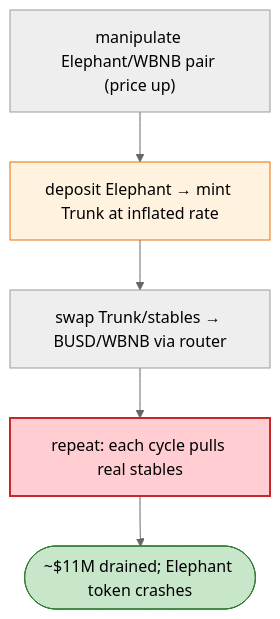
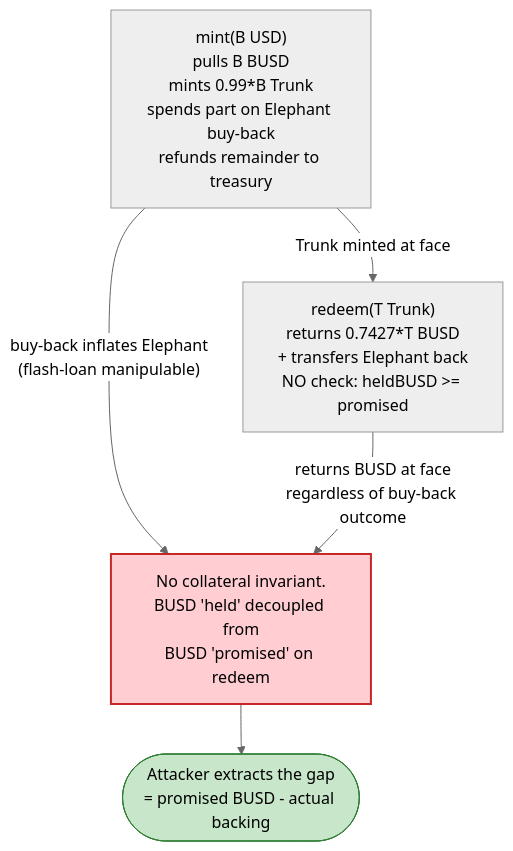
One commit to sanbir/evm-hack-registry changed the second of 4 diagrams in 2022-04-Elephant_Money_exp/Elephant_Money_exp.md. Above: the diagram before and after it, drawn with Mermaid (neutral theme). The commit also changed other lines of this file and 52 other files, not shown here.

````diff
--- a/2022-04-Elephant_Money_exp/Elephant_Money_exp.md
+++ b/2022-04-Elephant_Money_exp/Elephant_Money_exp.md
@@ -57,11 +338,14 @@
 ```mermaid
 flowchart TD
-    M["manipulate Elephant/WBNB pair (price up)"] --> DEP["deposit Elephant → mint Trunk at inflated rate"]
-    DEP --> SW["swap Trunk/stables → BUSD/WBNB via router"]
-    SW --> LOOP["repeat: each cycle pulls real stables"]
-    LOOP --> OUT(["~$11M drained; Elephant token crashes"])
+    M["mint(B USD)<br/>pulls B BUSD<br/>mints 0.99*B Trunk<br/>spends part on Elephant buy-back<br/>refunds remainder to treasury"]
+    R["redeem(T Trunk)<br/>returns 0.7427*T BUSD<br/>+ transfers Elephant back<br/>NO check: heldBUSD >= promised"]
+    Flaw["No collateral invariant.<br/>BUSD 'held' decoupled from<br/>BUSD 'promised' on redeem"]
 
-    style DEP fill:#fff3e0,stroke:#ef6c00
-    style LOOP fill:#ffcdd2,stroke:#c62828,stroke-width:2px
-    style OUT fill:#c8e6c9,stroke:#2e7d32
+    M -->|"Trunk minted at face"| R
+    M -->|"buy-back inflates Elephant<br/>(flash-loan manipulable)"| Flaw
+    R -->|"returns BUSD at face<br/>regardless of buy-back outcome"| Flaw
+    Flaw --> Out(["Attacker extracts the gap<br/>= promised BUSD - actual backing"])
+
+    style Flaw fill:#ffcdd2,stroke:#c62828,stroke-width:2px
+    style Out fill:#c8e6c9,stroke:#2e7d32
 ```
````
